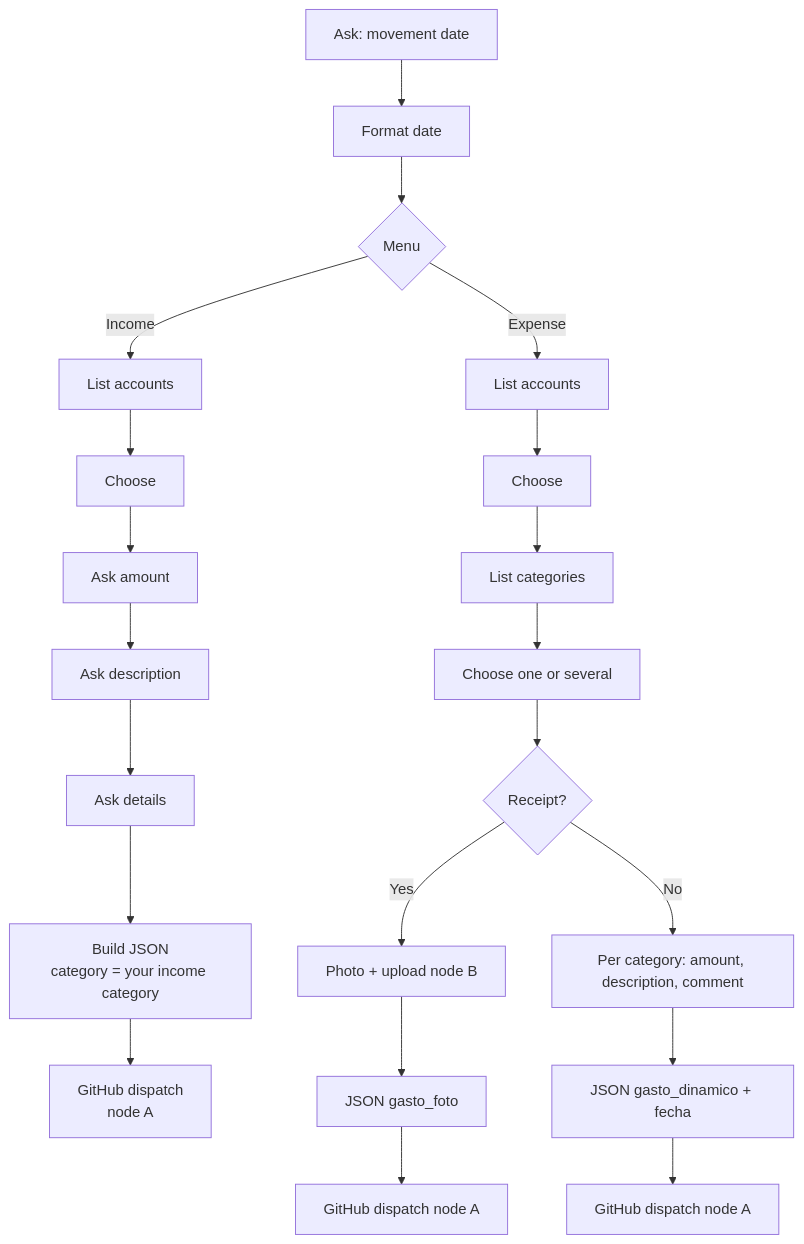
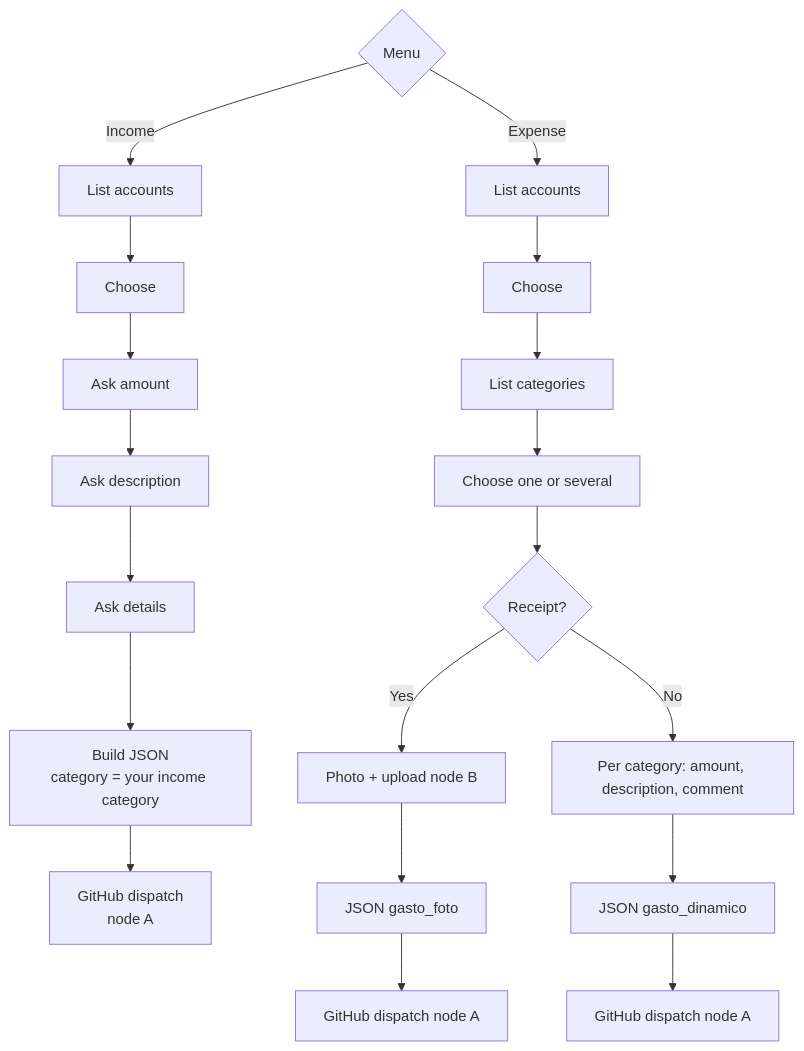
Before and after one commit to diegocalle10-droid/personal-finance-system: the third of 3 diagrams in docs/SHORTCUTS.md, drawn with Mermaid. The commit also changed other lines of this file and 28 other files, not shown here.

````diff
--- a/docs/SHORTCUTS.md
+++ b/docs/SHORTCUTS.md
@@ -110,8 +115,8 @@
 ```mermaid
 flowchart TD
-    A[Ask: movement date] --> B[Format date] --> C{Menu}
+    C{Menu}
     C -->|Income| D[List accounts] --> E[Choose] --> F[Ask amount] --> G[Ask description] --> H[Ask details] --> I[Build JSON<br/>category = your income category] --> J[GitHub dispatch<br/>node A]
     C -->|Expense| K[List accounts] --> L[Choose] --> M[List categories] --> N[Choose one or several] --> O{Receipt?}
     O -->|Yes| P[Photo + upload node B] --> Q[JSON gasto_foto] --> R[GitHub dispatch node A]
-    O -->|No| S[Per category: amount, description, comment] --> T[JSON gasto_dinamico + fecha] --> U[GitHub dispatch node A]
+    O -->|No| S[Per category: amount, description, comment] --> T[JSON gasto_dinamico] --> U[GitHub dispatch node A]
 ```
````
